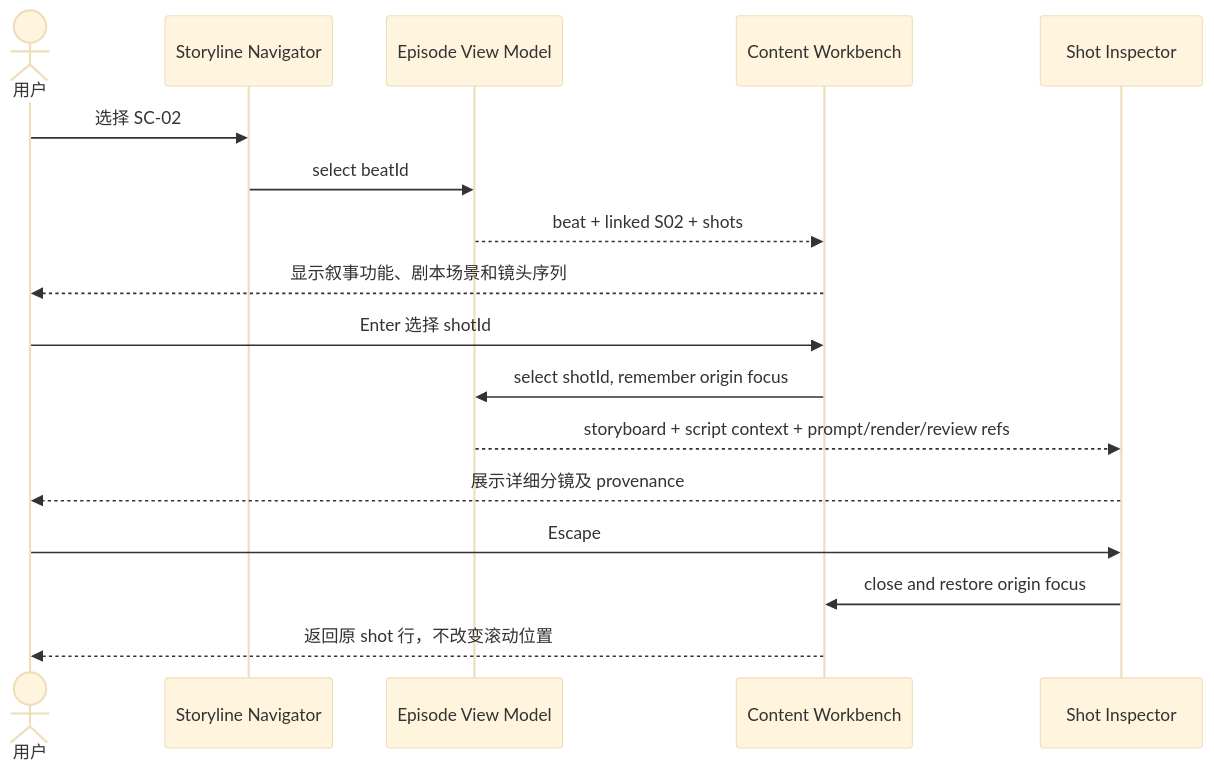
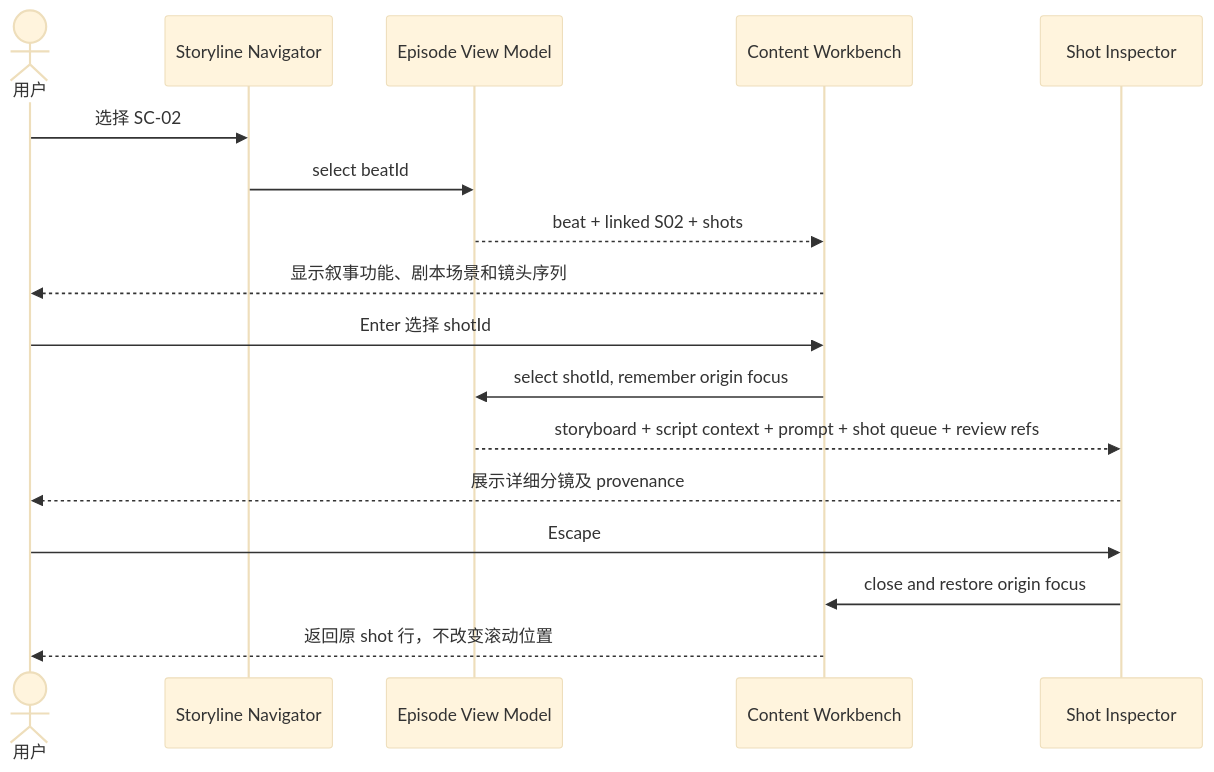
The eighth of 9 diagrams in docs/design/story-workspace/design_009_drama-forge-first-episode-storyline-storyboard-workbench.md (glide-the/im-dream), drawn with Mermaid (base theme) before and after one commit. The commit also changed other lines of this file and 3 other files, not shown here.

````diff
--- a/docs/design/story-workspace/design_009_drama-forge-first-episode-storyline-storyboard-workbench.md
+++ b/docs/design/story-workspace/design_009_drama-forge-first-episode-storyline-storyboard-workbench.md
@@ -517,19 +606,19 @@
 ```mermaid
 sequenceDiagram
     actor U as 用户
     participant Nav as Storyline Navigator
     participant VM as Episode View Model
     participant Work as Content Workbench
     participant Insp as Shot Inspector
     U->>Nav: 选择 SC-02
     Nav->>VM: select beatId
     VM-->>Work: beat + linked S02 + shots
     Work-->>U: 显示叙事功能、剧本场景和镜头序列
     U->>Work: Enter 选择 shotId
     Work->>VM: select shotId, remember origin focus
-    VM-->>Insp: storyboard + script context + prompt/render/review refs
+    VM-->>Insp: storyboard + script context + prompt + shot queue + review refs
     Insp-->>U: 展示详细分镜及 provenance
     U->>Insp: Escape
     Insp->>Work: close and restore origin focus
     Work-->>U: 返回原 shot 行，不改变滚动位置
 ```
````
